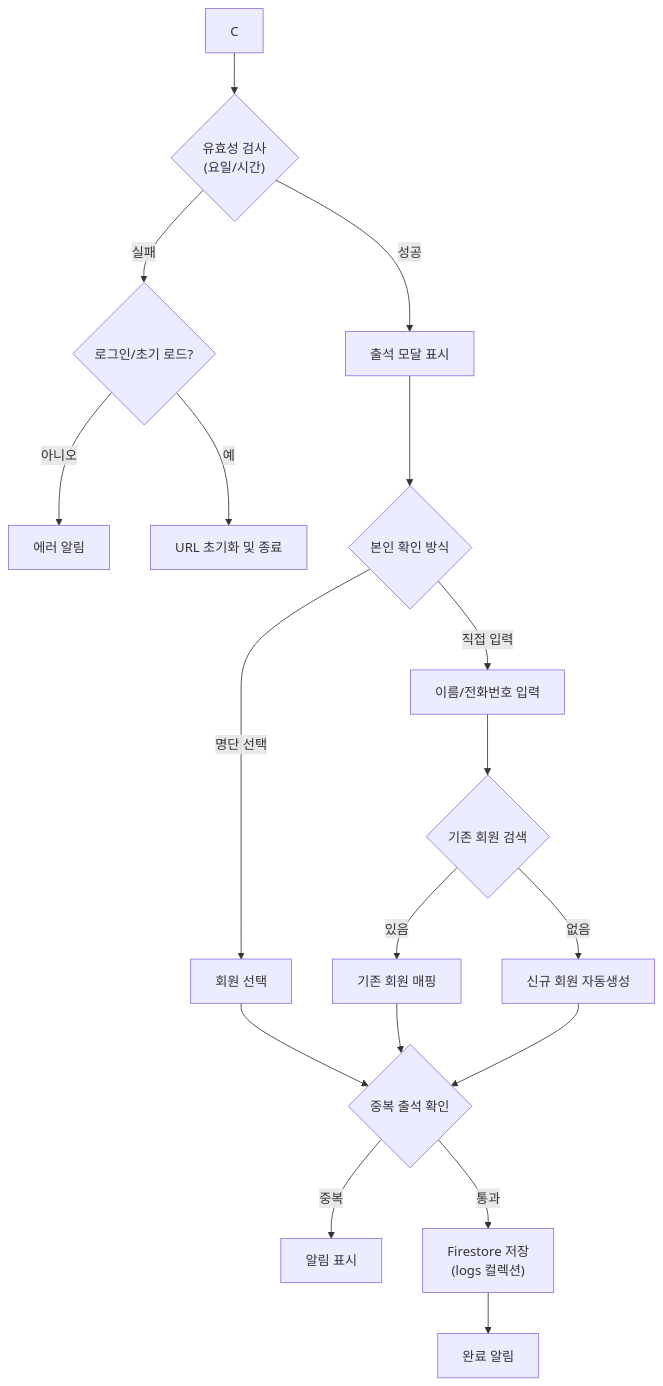
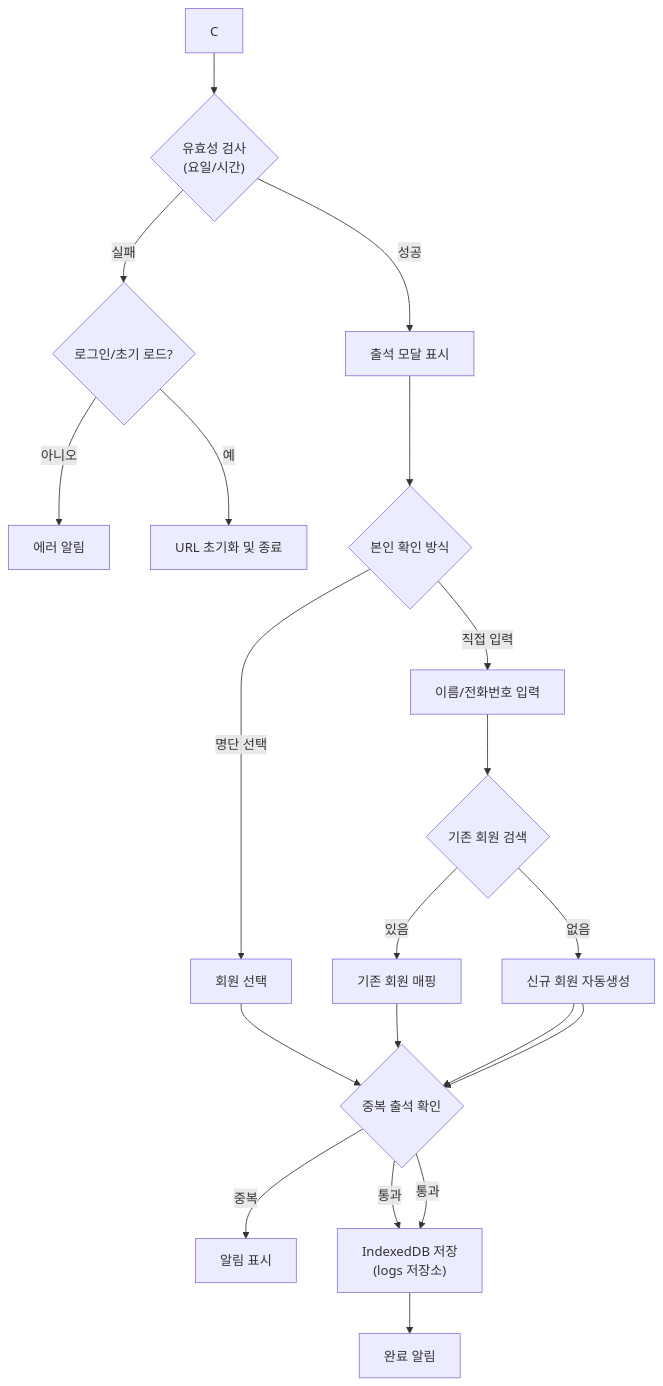
Before and after one commit to yn55m6/attendance-app-v5: the second of 3 diagrams in README.md, drawn with Mermaid. The commit also changed other lines of this file and 1 other file, not shown here.

Commit message:
refactor(db): Firebase 종속성 제거 및 IndexedDB로 데이터베이스 전환

````diff
--- a/README.md
+++ b/README.md
@@ -208,20 +215,22 @@
 ```mermaid
 graph TD
     A[C] --> B{"유효성 검사<br/>(요일/시간)"}
     B -- 실패 --> B1{"로그인/초기 로드?"}
     B1 -- 아니오 --> C1[에러 알림]
     B1 -- 예 --> B2[URL 초기화 및 종료]
     B -- 성공 --> D[출석 모달 표시]
     D --> E{본인 확인 방식}
     E -- 명단 선택 --> F[회원 선택]
     E -- 직접 입력 --> G["이름/전화번호 입력"]
     G --> H{기존 회원 검색}
     H -- 있음 --> I[기존 회원 매핑]
     H -- 없음 --> J[신규 회원 자동생성]
     F --> K{중복 출석 확인}
     I --> K
     J --> K
+    J --> K    
     K -- 중복 --> L[알림 표시]
     K -- 통과 --> M["Firestore 저장<br/>(logs 컬렉션)"]
+    K -- 통과 --> M["IndexedDB 저장<br/>(logs 저장소)"]
     M --> N[완료 알림]
 ```
````
